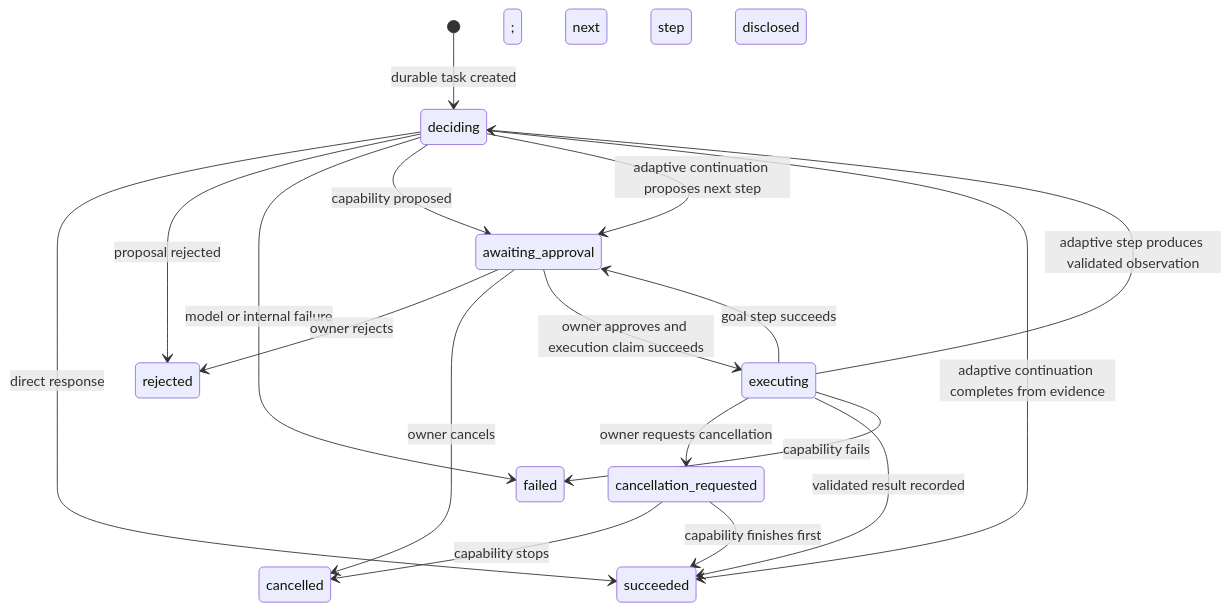
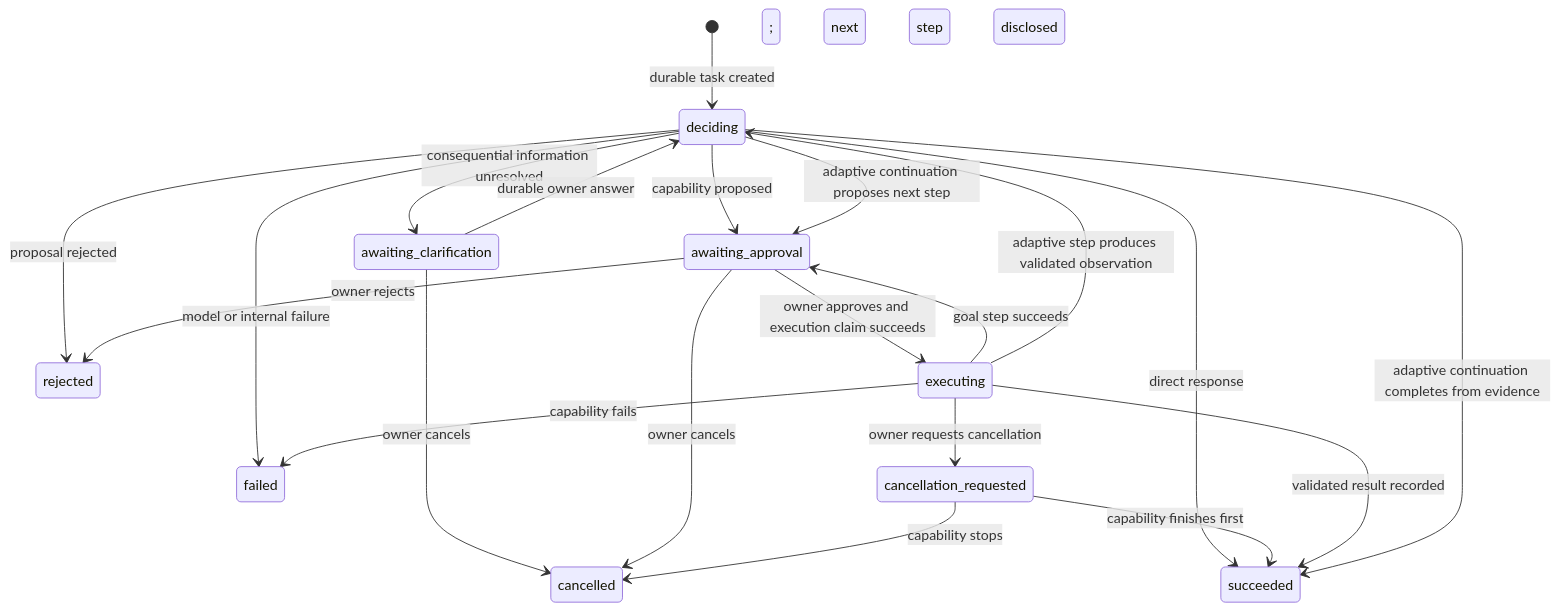
Before and after one commit to 4romgod/vera: the first of 4 diagrams in docs/api.md, drawn with Mermaid. The commit also changed other lines of this file and 51 other files, not shown here.

````diff
--- a/docs/api.md
+++ b/docs/api.md
@@ -344,20 +345,23 @@
 ```mermaid
 stateDiagram-v2
     [*] --> deciding: durable task created
+    deciding --> awaiting_clarification: consequential information unresolved
+    awaiting_clarification --> deciding: durable owner answer
+    awaiting_clarification --> cancelled: owner cancels
     deciding --> succeeded: direct response
     deciding --> rejected: proposal rejected
     deciding --> failed: model or internal failure
     deciding --> awaiting_approval: capability proposed
     awaiting_approval --> rejected: owner rejects
     awaiting_approval --> cancelled: owner cancels
     awaiting_approval --> executing: owner approves and execution claim succeeds
     executing --> cancellation_requested: owner requests cancellation
     cancellation_requested --> cancelled: capability stops
     cancellation_requested --> succeeded: capability finishes first
     executing --> succeeded: validated result recorded
     executing --> awaiting_approval: goal step succeeds; next step disclosed
     executing --> deciding: adaptive step produces validated observation
     deciding --> awaiting_approval: adaptive continuation proposes next step
     deciding --> succeeded: adaptive continuation completes from evidence
     executing --> failed: capability fails
 ```
````
